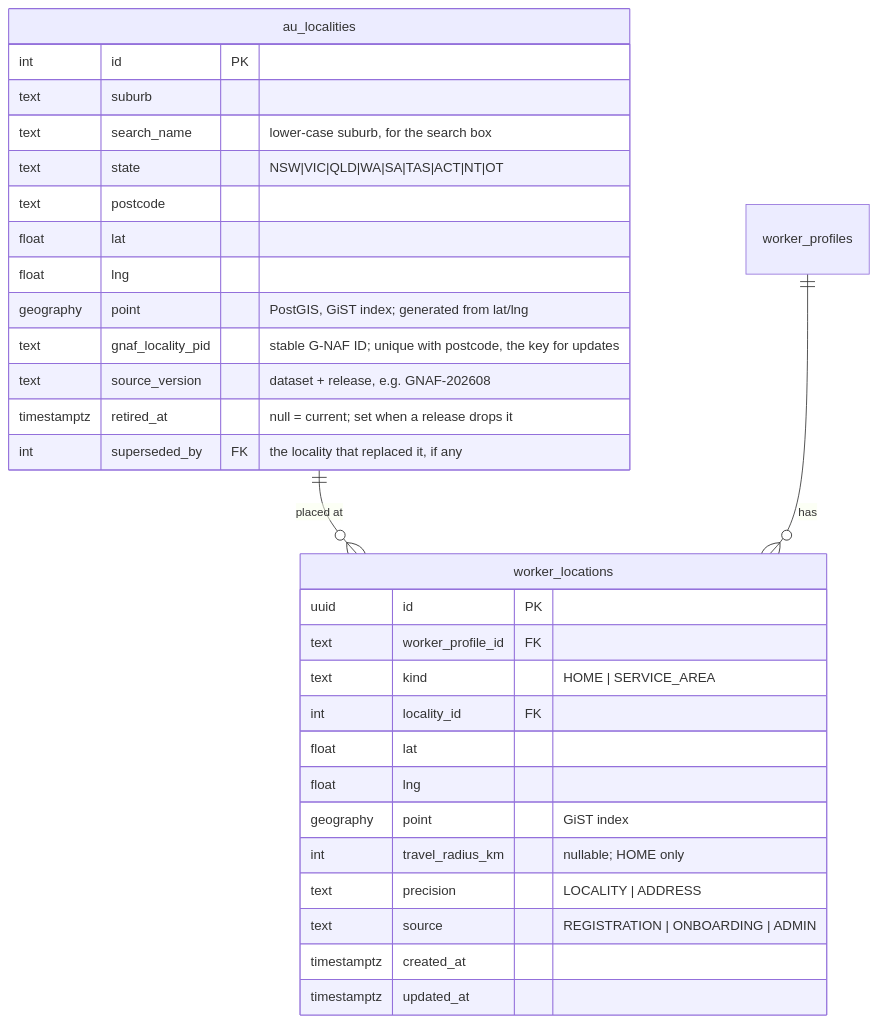
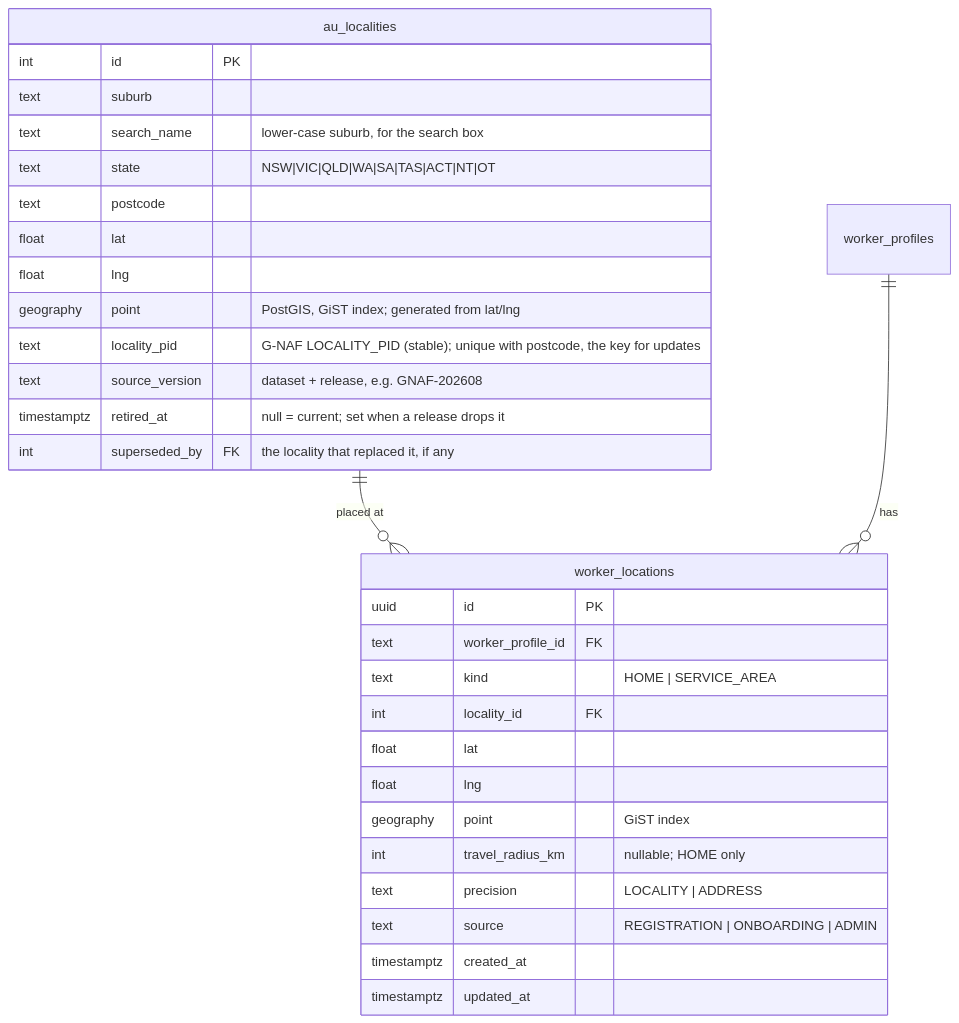
One commit to remontasupport/remontamarketplace changed the first of 3 diagrams in aidlc-docs/construction/S1-registration/S1-data-model.md. Above: the diagram before and after it, drawn with Mermaid. The commit also changed other lines of this file and 4 other files, not shown here.

First line of the commit message:
S1: rename au_localities.gnafLocalityPid to localityPid

````diff
--- a/aidlc-docs/construction/S1-registration/S1-data-model.md
+++ b/aidlc-docs/construction/S1-registration/S1-data-model.md
@@ -28,33 +28,33 @@
 ```mermaid
 erDiagram
     au_localities ||--o{ worker_locations : "placed at"
     worker_profiles ||--o{ worker_locations : "has"
     au_localities {
       int id PK
       text suburb
       text search_name "lower-case suburb, for the search box"
       text state "NSW|VIC|QLD|WA|SA|TAS|ACT|NT|OT"
       text postcode
       float lat
       float lng
       geography point "PostGIS, GiST index; generated from lat/lng"
-      text gnaf_locality_pid "stable G-NAF ID; unique with postcode, the key for updates"
+      text locality_pid "G-NAF LOCALITY_PID (stable); unique with postcode, the key for updates"
       text source_version "dataset + release, e.g. GNAF-202608"
       timestamptz retired_at "null = current; set when a release drops it"
       int superseded_by FK "the locality that replaced it, if any"
     }
     worker_locations {
       uuid id PK
       text worker_profile_id FK
       text kind "HOME | SERVICE_AREA"
       int locality_id FK
       float lat
       float lng
       geography point "GiST index"
       int travel_radius_km "nullable; HOME only"
       text precision "LOCALITY | ADDRESS"
       text source "REGISTRATION | ONBOARDING | ADMIN"
       timestamptz created_at
       timestamptz updated_at
     }
 ```
````
